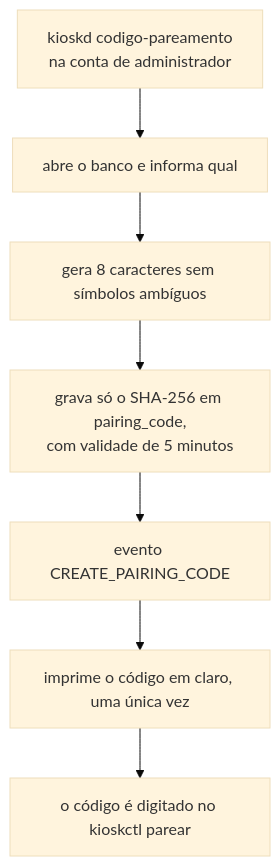
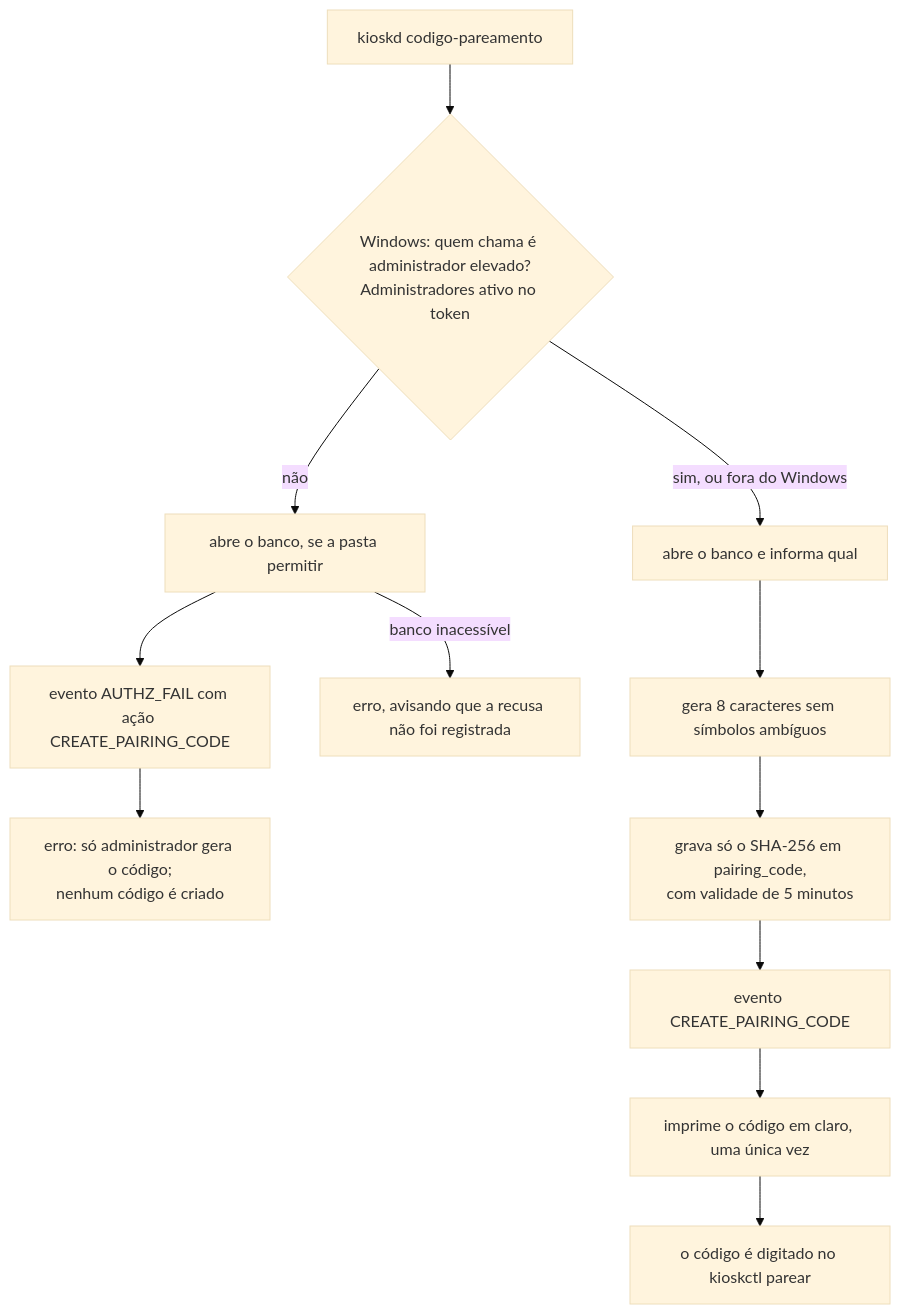
One commit to jefersonlop3s/kiosk-engine changed the fourth of 28 diagrams in docs/architecture/fluxos-dos-comandos.md. Above: the diagram before and after it, drawn with Mermaid (base theme). The commit also changed other lines of this file and 10 other files, not shown here.

First line of the commit message:
fix(segurança): só administrador elevado gera código de pareamento no Windows

````diff
--- a/docs/architecture/fluxos-dos-comandos.md
+++ b/docs/architecture/fluxos-dos-comandos.md
@@ -90,9 +90,14 @@
 ```mermaid
 flowchart TD
-    A["kioskd codigo-pareamento<br/>na conta de administrador"] --> B["abre o banco e informa qual"]
+    A["kioskd codigo-pareamento"] --> W{"Windows: quem chama é administrador elevado?<br/>Administradores ativo no token"}
+    W -->|não| X["abre o banco, se a pasta permitir"]
+    X --> Y["evento AUTHZ_FAIL com ação CREATE_PAIRING_CODE"]
+    Y --> E1["erro: só administrador gera o código;<br/>nenhum código é criado"]
+    X -->|"banco inacessível"| E2["erro, avisando que a recusa não foi registrada"]
+    W -->|"sim, ou fora do Windows"| B["abre o banco e informa qual"]
     B --> C["gera 8 caracteres sem símbolos ambíguos"]
     C --> D["grava só o SHA-256 em pairing_code,<br/>com validade de 5 minutos"]
     D --> E["evento CREATE_PAIRING_CODE"]
     E --> F["imprime o código em claro, uma única vez"]
     F --> G["o código é digitado no kioskctl parear"]
 ```
````
